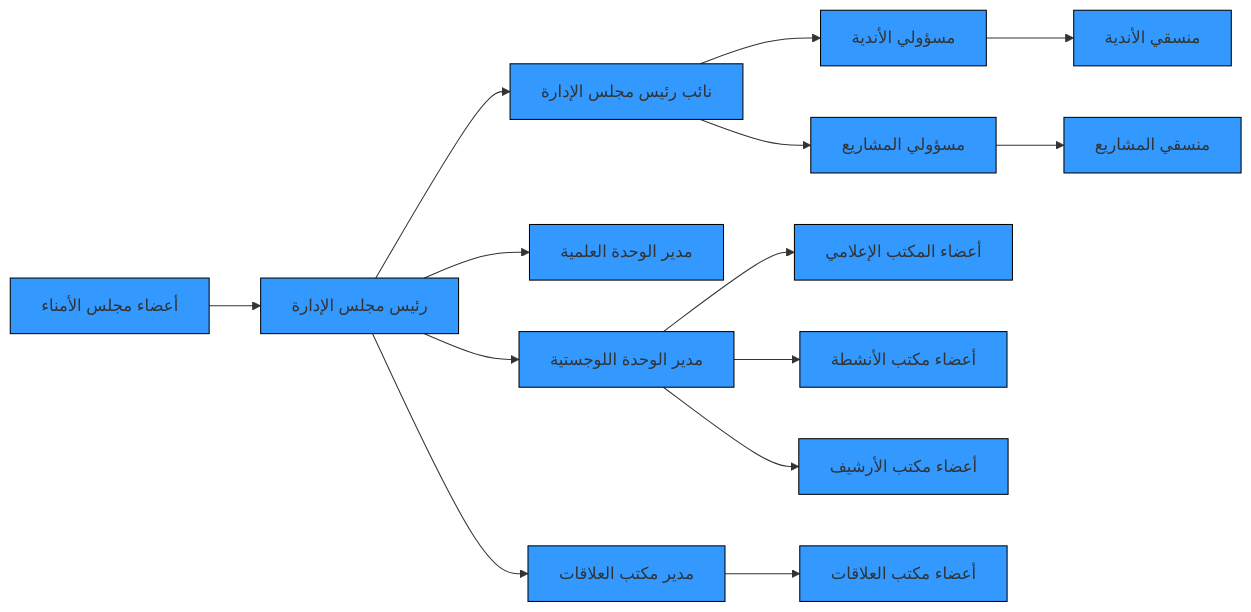
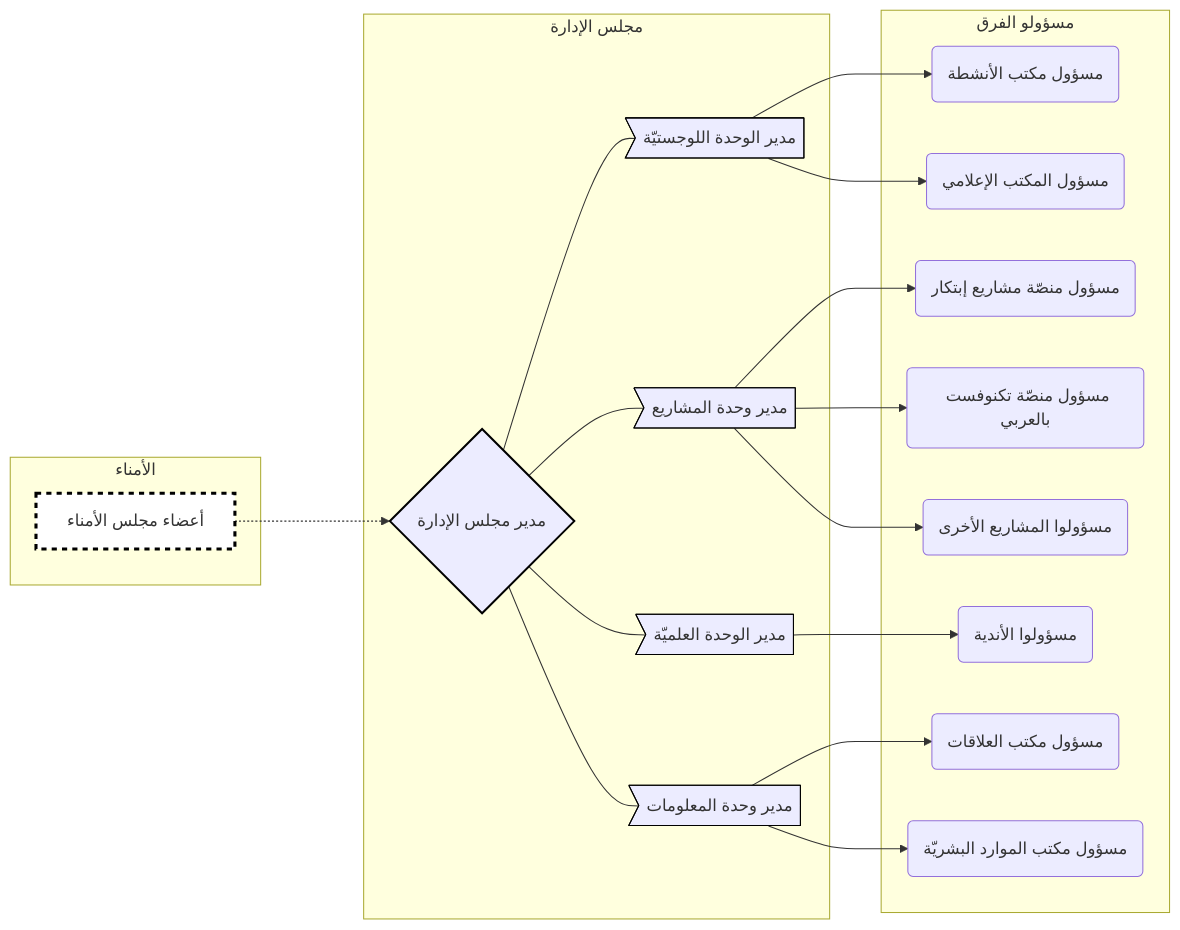
The second of 2 diagrams in README22.md (cankanalbir/system1), drawn with Mermaid before and after one commit. The commit also changed other lines of this file, not shown here.

````diff
--- a/README22.md
+++ b/README22.md
@@ -127,34 +127,37 @@
 ``` mermaid
 flowchart LR
-    BOT[أعضاء مجلس الأمناء] --> BOD[رئيس مجلس الإدارة]
-    BOD --> deputy[نائب رئيس مجلس الإدارة]
-    BOD --> scientific[مدير الوحدة العلمية]
-    BOD --> logistics[مدير الوحدة اللوجستية]
-    BOD --> relations[مدير مكتب العلاقات]
 
-    deputy --> clubManager[مسؤولي الأندية]
-    deputy --> projectManager[مسؤولي المشاريع]
+subgraph 0 [الأمناء]
+BOT[أعضاء مجلس الأمناء]
+end
 
-    clubManager --> clubMembers[منسقي الأندية]
-    projectManager --> projectMembers[منسقي المشاريع]
+BOT -..-> BOD{مدير مجلس الإدارة}
+style BOT fill:white,stroke:black,stroke-width:3px,stroke-dasharray: 5 5
+style BOD stroke:black,stroke-width:2px
 
-    logistics --> mediaOffice[أعضاء المكتب الإعلامي]
-    logistics --> activitiesOffice[أعضاء مكتب الأنشطة]
-    logistics --> archiveOffice[أعضاء مكتب الأرشيف]
-    relations --> relationsMembers[أعضاء مكتب العلاقات]
+subgraph 1 [مجلس الإدارة]
+BOD --- scientific>مدير الوحدة العلميّة]
+BOD --- projects>مدير وحدة المشاريع]
+BOD --- logistics>مدير الوحدة اللوجستيّة]
+BOD --- information>مدير وحدة المعلومات]
+end
 
-    style BOT fill:#3399FF,stroke:#000,stroke-width:1px
-    style BOD fill:#3399FF,stroke:#000,stroke-width:1px
-    style deputy fill:#3399FF,stroke:#000,stroke-width:1px
-    style scientific fill:#3399FF,stroke:#000,stroke-width:1px
-    style logistics fill:#3399FF,stroke:#000,stroke-width:1px
-    style relations fill:#3399FF,stroke:#000,stroke-width:1px
-    style clubManager fill:#3399FF,stroke:#000,stroke-width:1px
-    style projectManager fill:#3399FF,stroke:#000,stroke-width:1px
-    style clubMembers fill:#3399FF,stroke:#000,stroke-width:1px
-    style projectMembers fill:#3399FF,stroke:#000,stroke-width:1px
-    style mediaOffice fill:#3399FF,stroke:#000,stroke-width:1px
-    style activitiesOffice fill:#3399FF,stroke:#000,stroke-width:1px
-    style archiveOffice fill:#3399FF,stroke:#000,stroke-width:1px
-    style relationsMembers fill:#3399FF,stroke:#000,stroke-width:1px
+style scientific stroke:black
+style projects stroke:black
+style logistics stroke:black
+style information stroke:black
+
+subgraph 2 [مسؤولو الفرق]
+logistics --> l1(مسؤول مكتب الأنشطة)
+logistics --> l2(مسؤول المكتب الإعلامي)
+
+projects --> p1(مسؤول منصّة مشاريع إبتكار)
+projects --> p3(مسؤول منصّة تكنوفست بالعربي)
+projects --> p2(مسؤولوا المشاريع الأخرى)
+
+scientific --> s1(مسؤولوا الأندية)
+
+information --> i1(مسؤول مكتب العلاقات)
+information --> i2(مسؤول مكتب الموارد البشريّة)
+end
 ```
````
